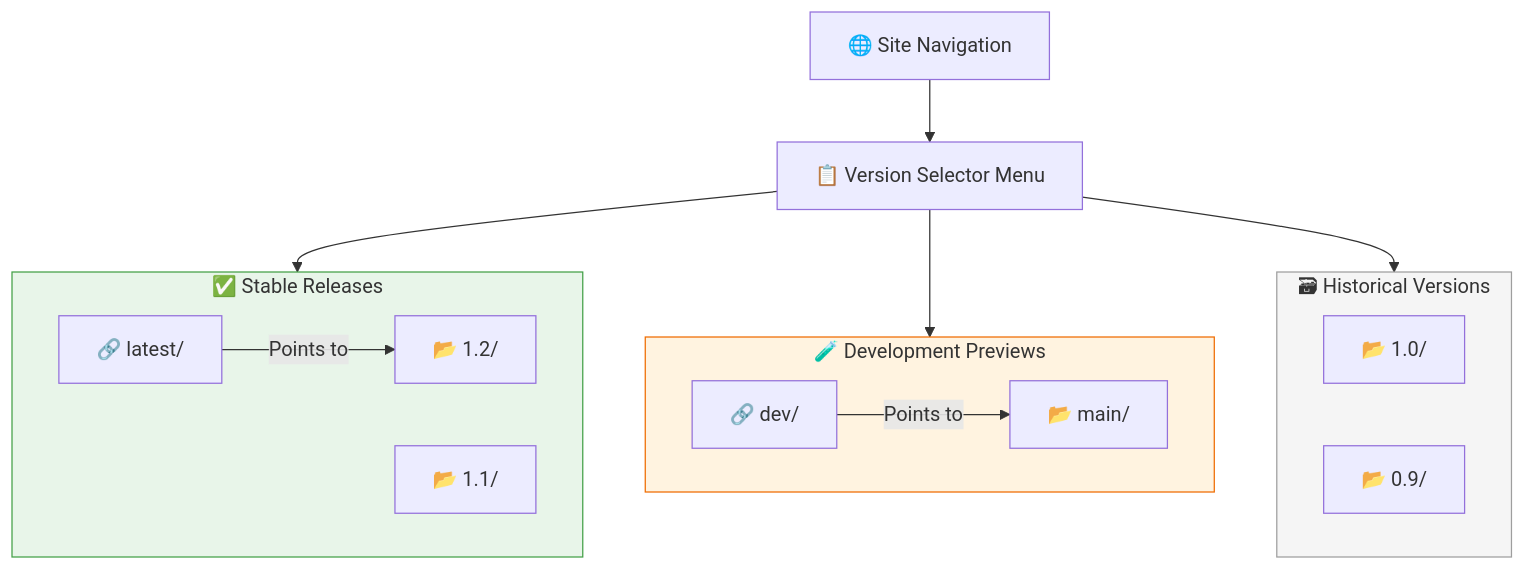
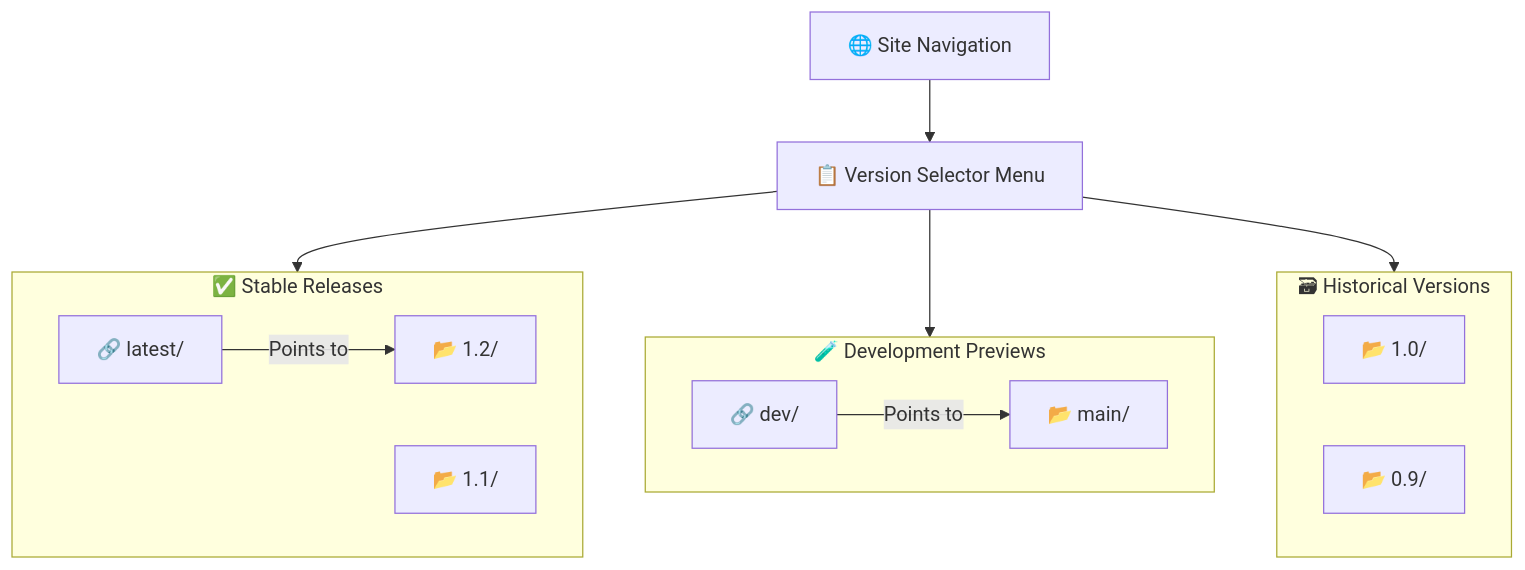
One commit to vic-ffm/architecture-docs-open-public changed the third of 3 diagrams in README.md. Above: the diagram before and after it, drawn with Mermaid. The commit also changed other lines of this file, not shown here.

Commit message:
fixing mermaid diagrams

````diff
--- a/README.md
+++ b/README.md
@@ -266,31 +256,24 @@
 ```mermaid
 flowchart TB
   Navigation["🌐 Site Navigation"] --> VersionSelector
   VersionSelector["📋 Version Selector Menu"] --> Stable
   VersionSelector --> DevPreview
   VersionSelector --> Archived
 
   subgraph Stable["✅ Stable Releases"]
     direction LR
     Latest["🔗 latest/"] -->|Points to| v1_2["📂 1.2/"]
     v1_1["📂 1.1/"]
   end
 
   subgraph DevPreview["🧪 Development Previews"]
     direction LR
     DevAlias["🔗 dev/"] -->|Points to| main["📂 main/"]
   end
 
   subgraph Archived["🗃 Historical Versions"]
     direction LR
     v1_0["📂 1.0/"]
     v0_9["📂 0.9/"]
   end
-
-  classDef stable fill:#e8f5e9,stroke:#43a047;
-  classDef dev fill:#fff3e0,stroke:#ef6c00;
-  classDef archive fill:#f5f5f5,stroke:#9e9e9e;
-  class Stable stable
-  class DevPreview dev
-  class Archived archive
 ```
````
